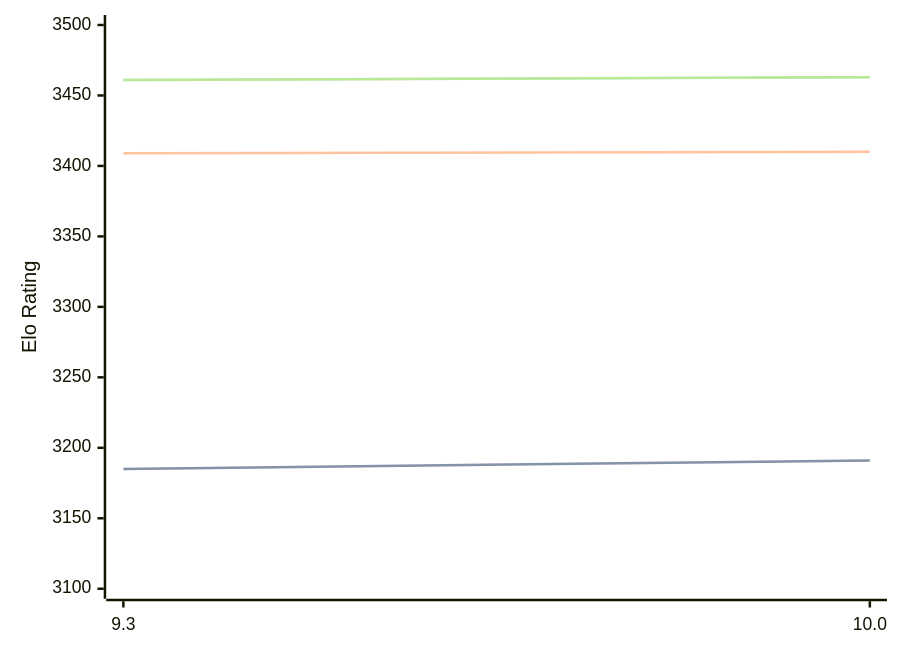
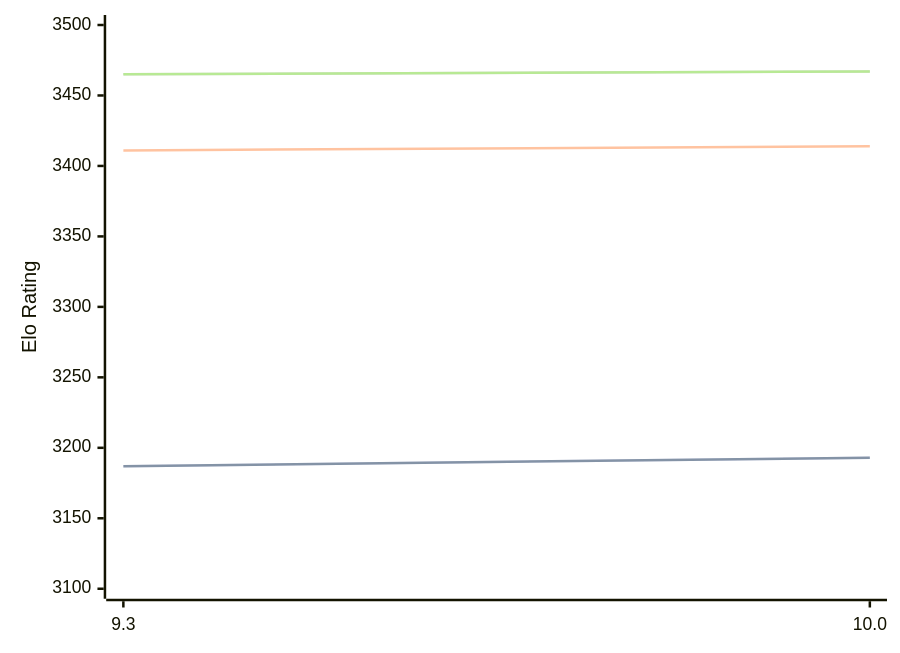
Before and after one commit to computer-chess-index/cci: the diagram in engines/Fire.md, drawn with Mermaid. The commit also changed other lines of this file, not shown here.

Commit message:
Update CCI Ratings (ELO VLTC) - 2026-04-30

````diff
--- a/engines/Fire.md
+++ b/engines/Fire.md
@@ -47,11 +47,11 @@
 ```mermaid
 %%{init: {"theme":"base","themeVariables":{"seriesColors:['#a3a3a3','#222221','#faa371']}}}%%
 xychart-beta
   x-axis ["9.3", "10.0"]
   y-axis "Elo Rating" 3100 --> 3500
-  line "STC (8.0+0.08s)" [3185, 3191]
-  line "STC (8.0+0.08s)" [3185, 3191]
-  line "LTC (60.0+0.60s)" [3409, 3410]
-  line "VLTC (2m24s+1.12s)" [3461, 3463]
-  line "VLTC (2m24s+1.12s)" [3461, 3463]
+  line "STC (8.0+0.08s)" [3187, 3193]
+  line "STC (8.0+0.08s)" [3187, 3193]
+  line "LTC (60.0+0.60s)" [3411, 3414]
+  line "VLTC (2m24s+1.12s)" [3465, 3467]
+  line "VLTC (2m24s+1.12s)" [3465, 3467]
 ```
````
